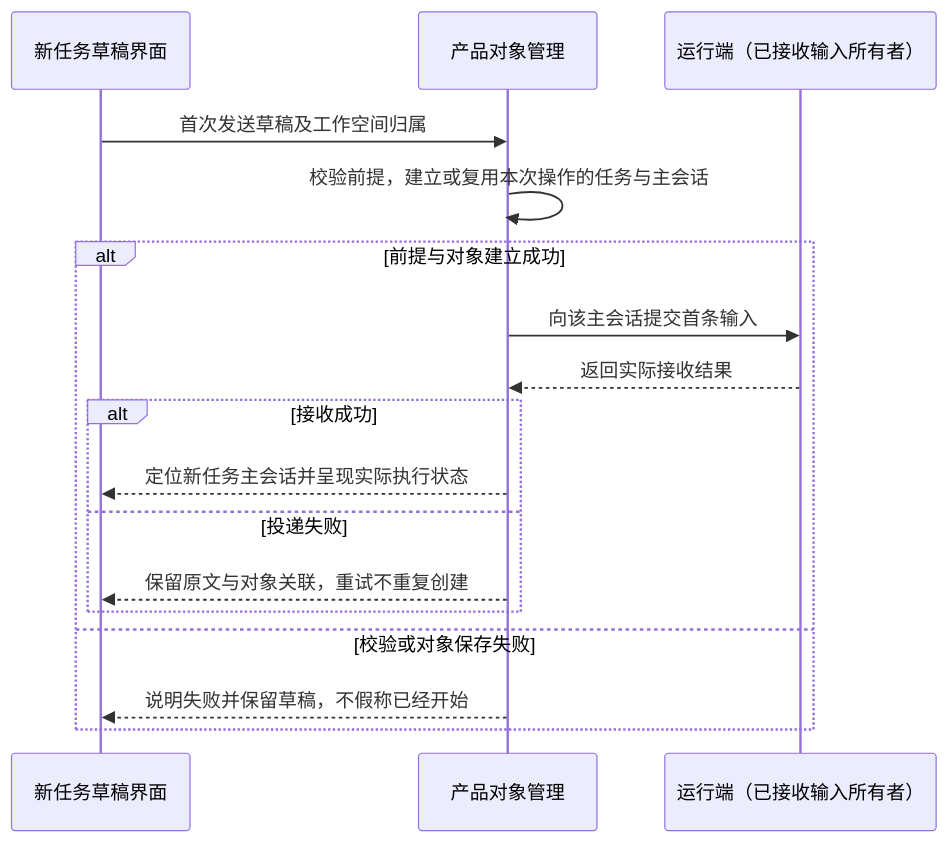
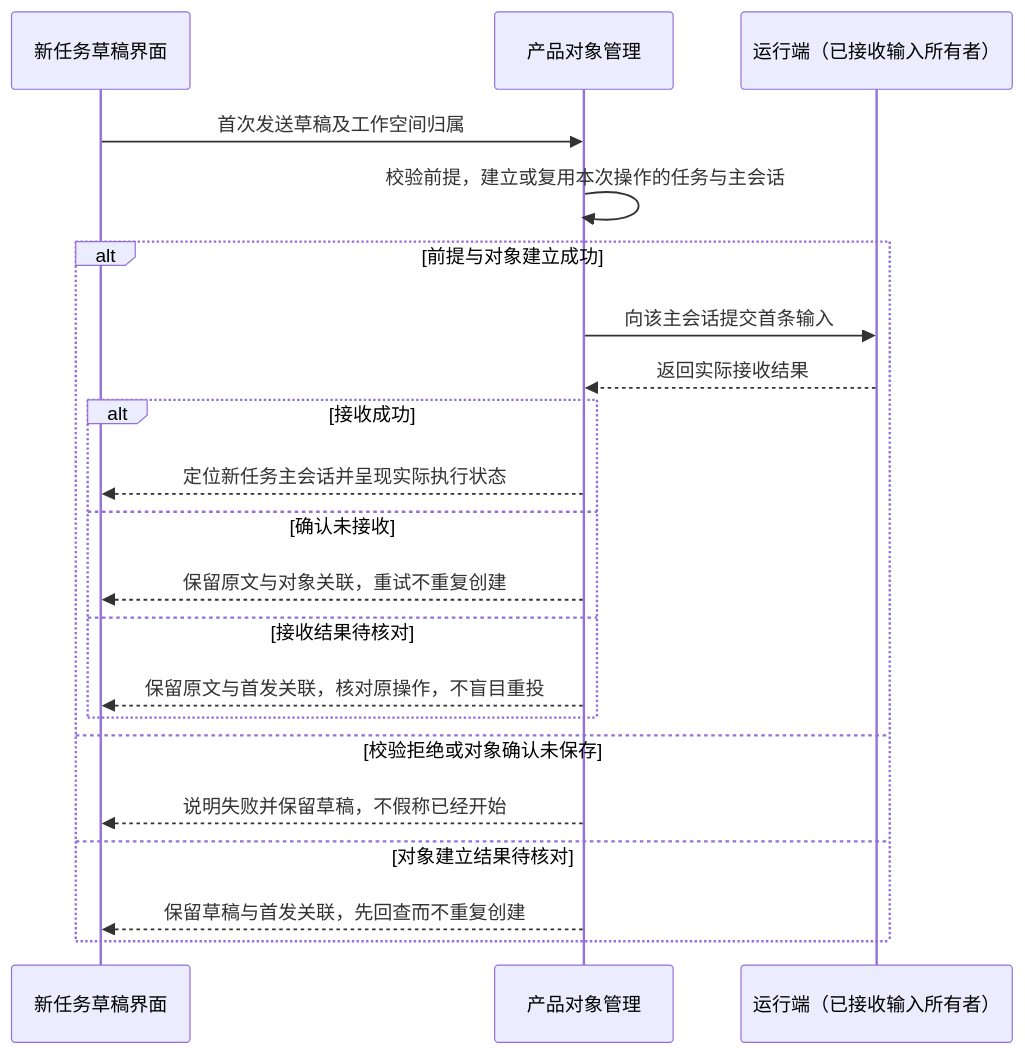
One commit to ssdiwu/dcode changed the first of 2 diagrams in spec/冷启动与草稿态.md. Above: the diagram before and after it, drawn with Mermaid. The commit also changed other lines of this file and 313 other files, not shown here.

````diff
--- a/spec/冷启动与草稿态.md
+++ b/spec/冷启动与草稿态.md
@@ -41,19 +50,23 @@
 ```mermaid
 sequenceDiagram
     participant UI as 新任务草稿界面
     participant App as 产品对象管理
     participant Exec as 运行端（已接收输入所有者）
     UI->>App: 首次发送草稿及工作空间归属
     App->>App: 校验前提，建立或复用本次操作的任务与主会话
     alt 前提与对象建立成功
         App->>Exec: 向该主会话提交首条输入
         Exec-->>App: 返回实际接收结果
         alt 接收成功
             App-->>UI: 定位新任务主会话并呈现实际执行状态
-        else 投递失败
+        else 确认未接收
             App-->>UI: 保留原文与对象关联，重试不重复创建
+        else 接收结果待核对
+            App-->>UI: 保留原文与首发关联，核对原操作，不盲目重投
         end
-    else 校验或对象保存失败
+    else 校验拒绝或对象确认未保存
         App-->>UI: 说明失败并保留草稿，不假称已经开始
+    else 对象建立结果待核对
+        App-->>UI: 保留草稿与首发关联，先回查而不重复创建
     end
 ```
````
